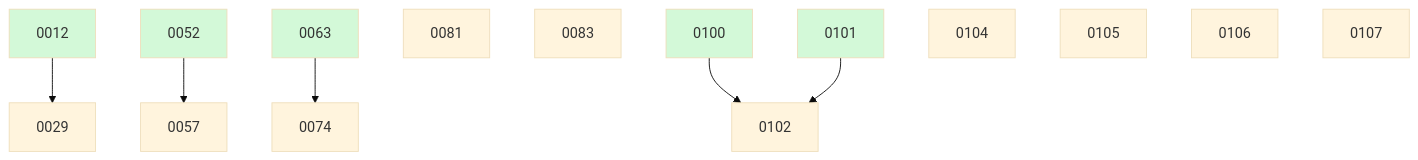
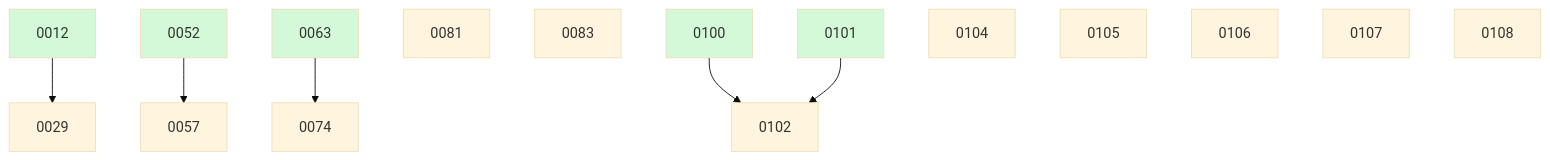
Before and after one commit to ethanhinson/fuse: the diagram in docs/changes/BOARD.md, drawn with Mermaid (base theme). The commit also changed other lines of this file and 1 other file, not shown here.

````diff
--- a/docs/changes/BOARD.md
+++ b/docs/changes/BOARD.md
@@ -35,20 +36,21 @@
 ```mermaid
 graph TD
   0012 --> 0029
   0052 --> 0057
   0063 --> 0074
   0081
   0083
   0100 --> 0102
   0101 --> 0102
   0104
   0105
   0106
   0107
+  0108
   0012:::done
   0052:::done
   0063:::done
   0100:::done
   0101:::done
   classDef done fill:#d3f9d8;
 ```
````
